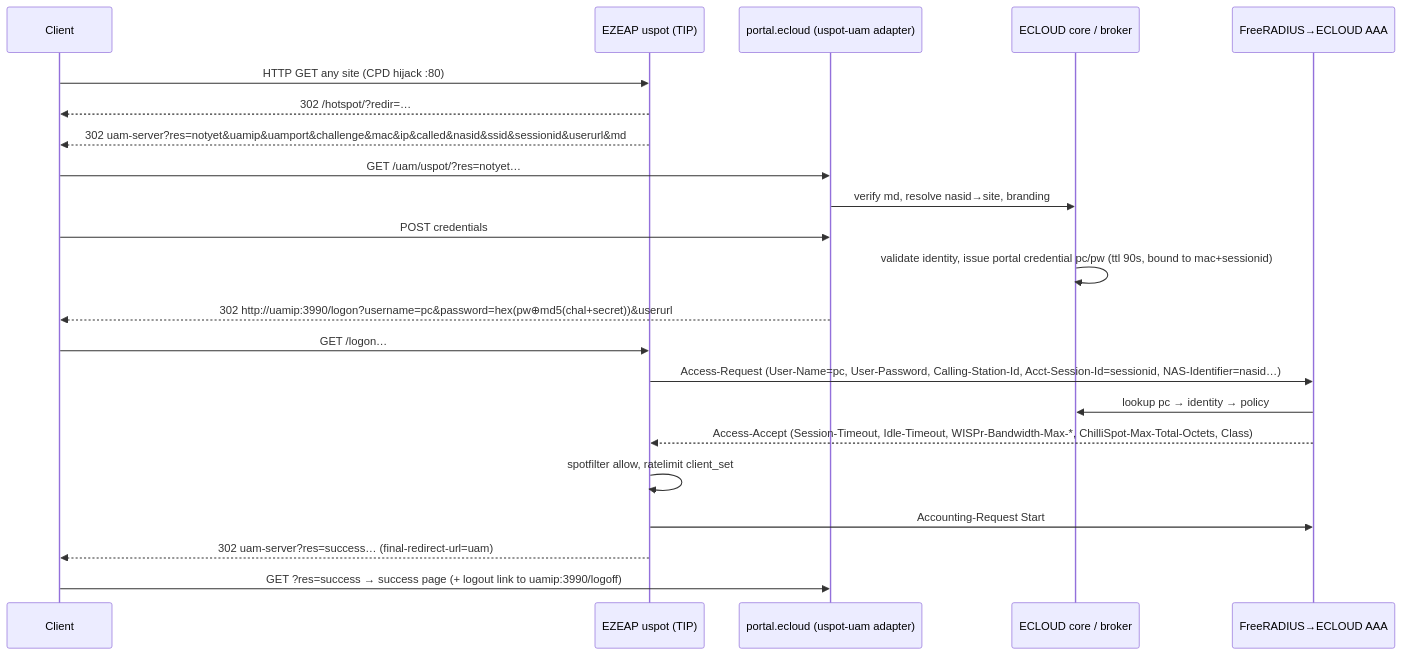
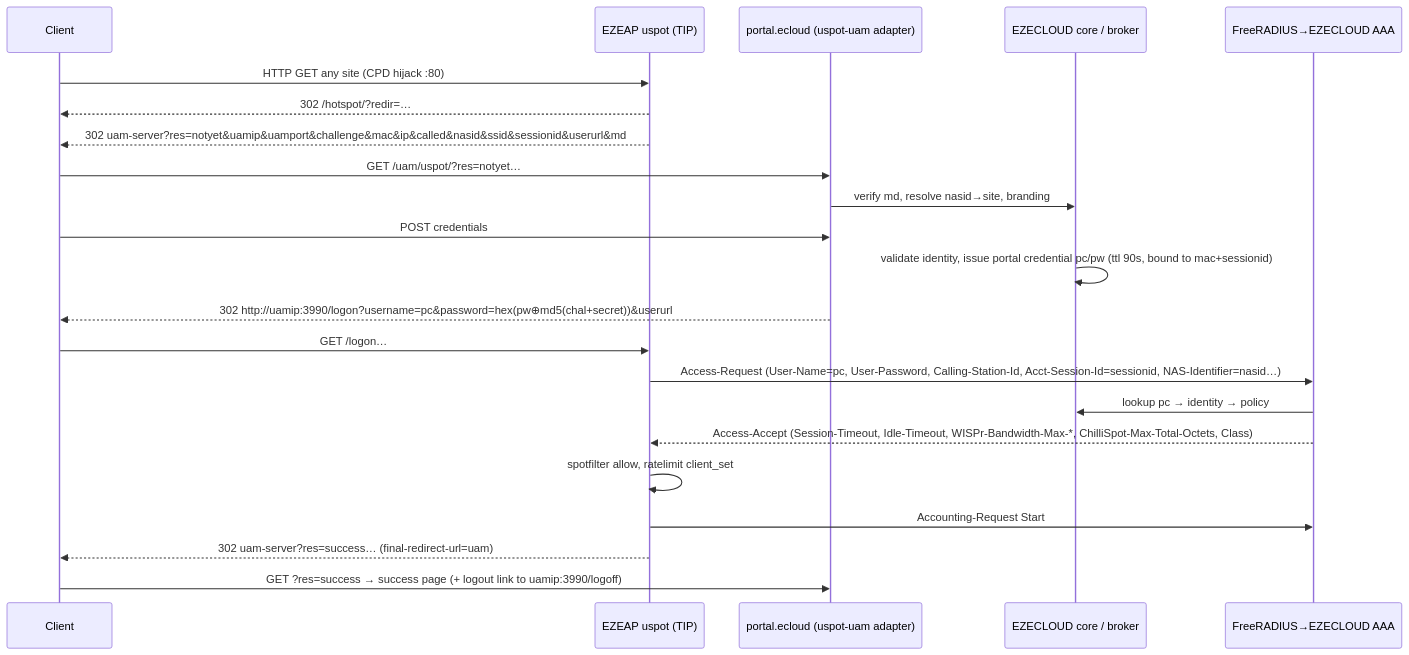
Before and after one commit to dannymagat/ecloud: the first of 5 diagrams in CAPTIVE_PORTAL_ARCHITECTURE.md, drawn with Mermaid. The commit also changed other lines of this file and 211 other files, not shown here.

First line of the commit message:
Rename product name ECLOUD to EZECLOUD in text, UI and docs

````diff
--- a/CAPTIVE_PORTAL_ARCHITECTURE.md
+++ b/CAPTIVE_PORTAL_ARCHITECTURE.md
@@ -211,24 +211,24 @@
 ```mermaid
 sequenceDiagram
   participant C as Client
   participant AP as EZEAP uspot (TIP)
   participant P as portal.ecloud (uspot-uam adapter)
-  participant E as ECLOUD core / broker
-  participant R as FreeRADIUS→ECLOUD AAA
+  participant E as EZECLOUD core / broker
+  participant R as FreeRADIUS→EZECLOUD AAA
   C->>AP: HTTP GET any site (CPD hijack :80)
   AP-->>C: 302 /hotspot/?redir=…
   AP-->>C: 302 uam-server?res=notyet&uamip&uamport&challenge&mac&ip&called&nasid&ssid&sessionid&userurl&md
   C->>P: GET /uam/uspot/?res=notyet…
   P->>E: verify md, resolve nasid→site, branding
   C->>P: POST credentials
   E->>E: validate identity, issue portal credential pc/pw (ttl 90s, bound to mac+sessionid)
   P-->>C: 302 http://uamip:3990/logon?username=pc&password=hex(pw⊕md5(chal+secret))&userurl
   C->>AP: GET /logon…
   AP->>R: Access-Request (User-Name=pc, User-Password, Calling-Station-Id, Acct-Session-Id=sessionid, NAS-Identifier=nasid…)
   R->>E: lookup pc → identity → policy
   R-->>AP: Access-Accept (Session-Timeout, Idle-Timeout, WISPr-Bandwidth-Max-*, ChilliSpot-Max-Total-Octets, Class)
   AP->>AP: spotfilter allow, ratelimit client_set
   AP->>R: Accounting-Request Start
   AP-->>C: 302 uam-server?res=success… (final-redirect-url=uam)
   C->>P: GET ?res=success → success page (+ logout link to uamip:3990/logoff)
 ```
````
